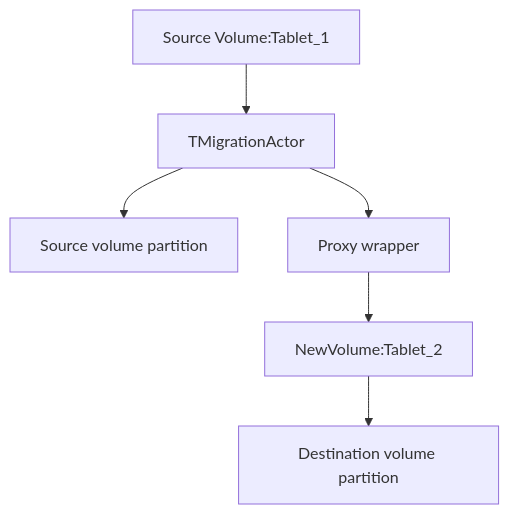
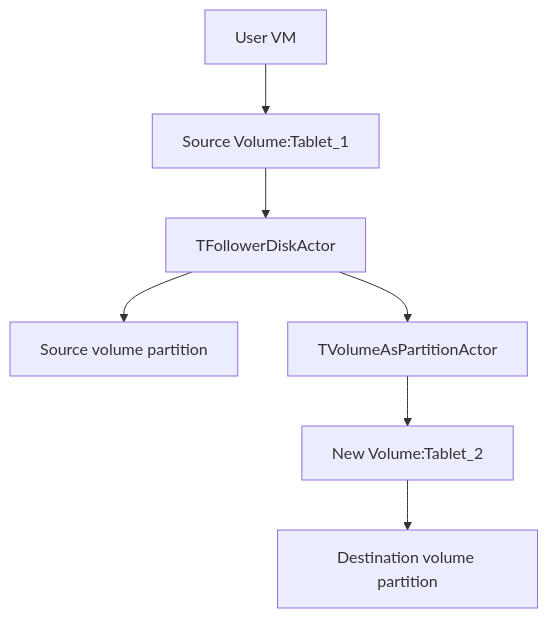
Before and after one commit to ydb-platform/nbs: the second of 4 diagrams in doc/blockstore/storage/changing-media-type.md, drawn with Mermaid. The commit also changed other lines of this file, not shown here.

````diff
--- a/doc/blockstore/storage/changing-media-type.md
+++ b/doc/blockstore/storage/changing-media-type.md
@@ -25,8 +27,9 @@
 ```mermaid
 flowchart TD
-    A[Source Volume:Tablet_1]  --> B[TMigrationActor]
+    A[Source Volume:Tablet_1]  --> B[TFollowerDiskActor]
     B --> C[Source volume partition]
-    B --> D[Proxy wrapper]
-    D --> E[NewVolume:Tablet_2]
+    B --> D[TVolumeAsPartitionActor]
+    D --> E[New Volume:Tablet_2]
     E --> F[Destination volume partition]
+    U[User VM] --> A
 ```
````
